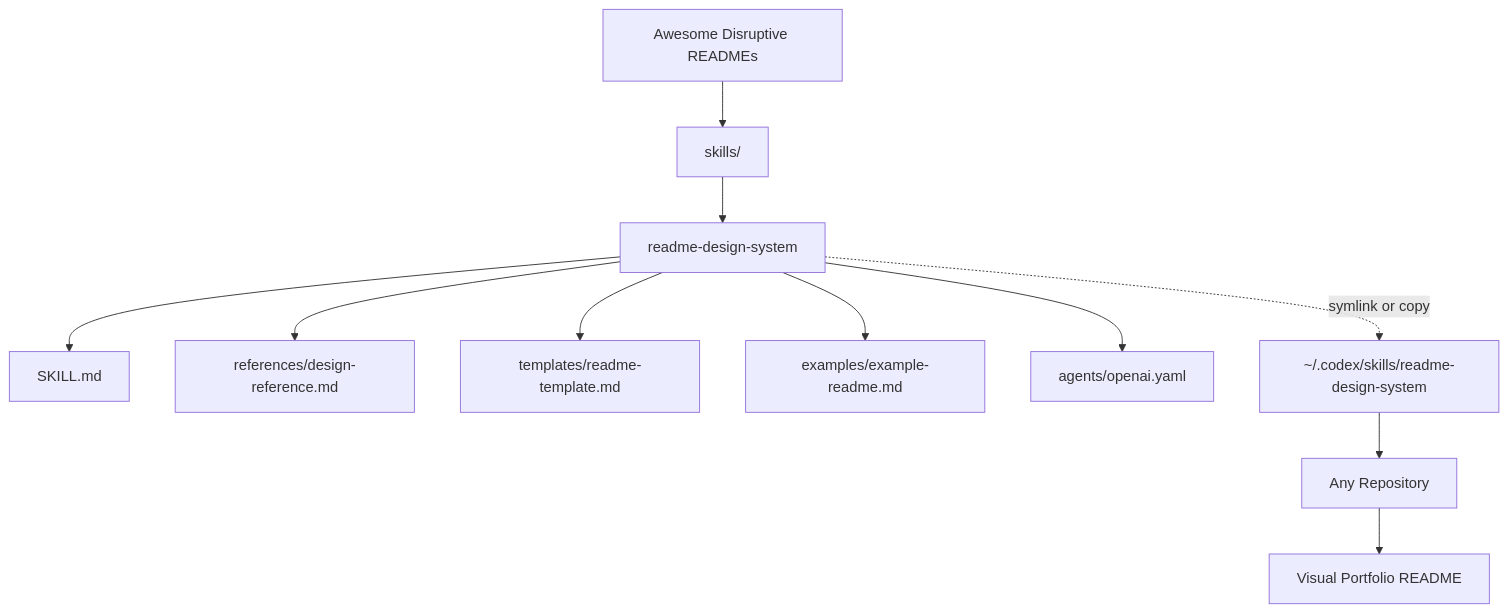
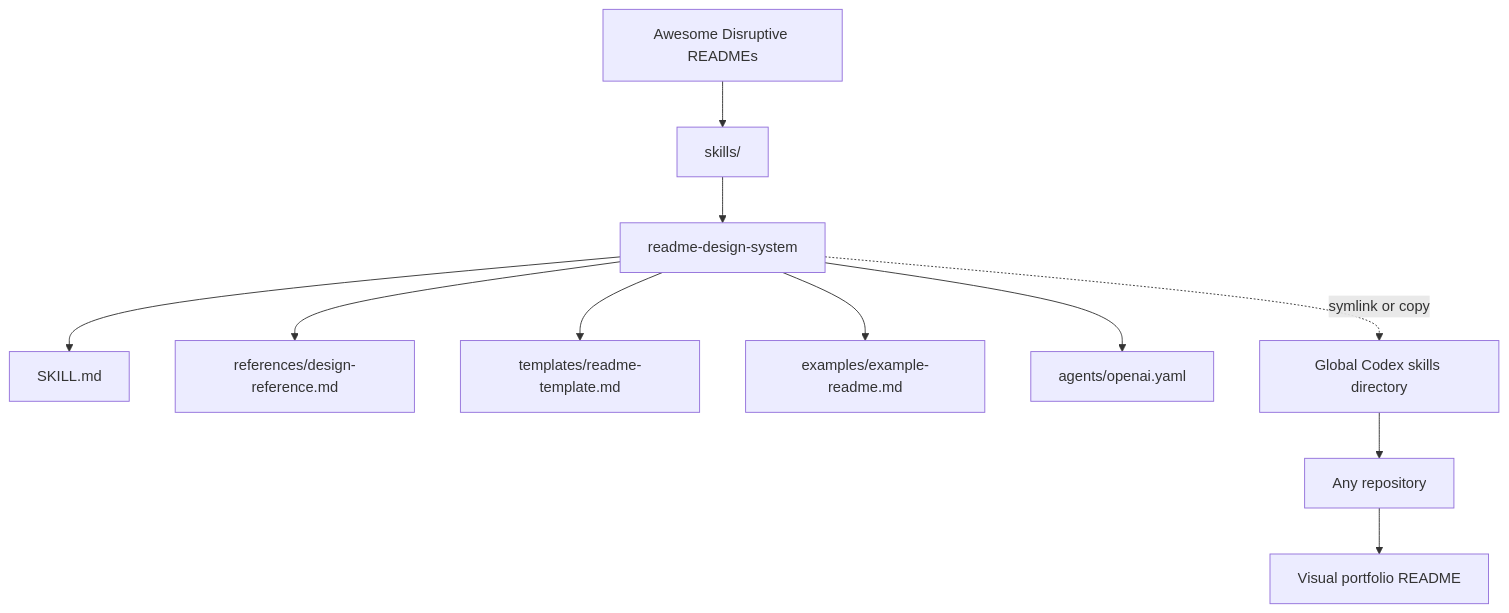
Before and after one commit to NicolasHoyosDevss/Awesome-disruptive-readmes: the diagram in README.md, drawn with Mermaid. The commit also changed other lines of this file and 2 other files, not shown here.

Commit message:
docs: reinforce visual readme patterns

````diff
--- a/README.md
+++ b/README.md
@@ -112,14 +163,14 @@
 ```mermaid
 flowchart TD
-    A[Awesome Disruptive READMEs] --> B[skills/]
-    B --> C[readme-design-system]
-    C --> D[SKILL.md]
-    C --> E[references/design-reference.md]
-    C --> F[templates/readme-template.md]
-    C --> G[examples/example-readme.md]
-    C --> H[agents/openai.yaml]
+    A["Awesome Disruptive READMEs"] --> B["skills/"]
+    B --> C["readme-design-system"]
+    C --> D["SKILL.md"]
+    C --> E["references/design-reference.md"]
+    C --> F["templates/readme-template.md"]
+    C --> G["examples/example-readme.md"]
+    C --> H["agents/openai.yaml"]
 
-    C -. symlink or copy .-> I[~/.codex/skills/readme-design-system]
-    I --> J[Any Repository]
-    J --> K[Visual Portfolio README]
+    C -. "symlink or copy" .-> I["Global Codex skills directory"]
+    I --> J["Any repository"]
+    J --> K["Visual portfolio README"]
 ```
````
